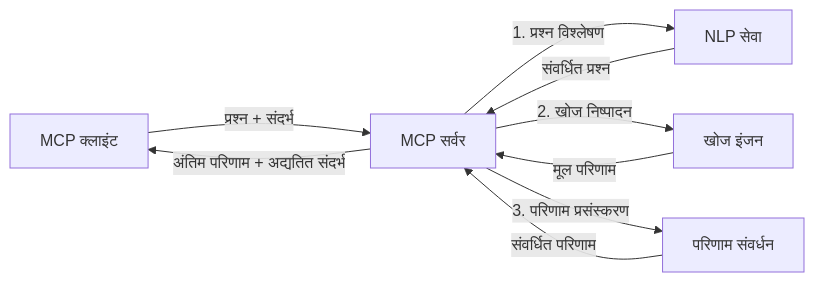
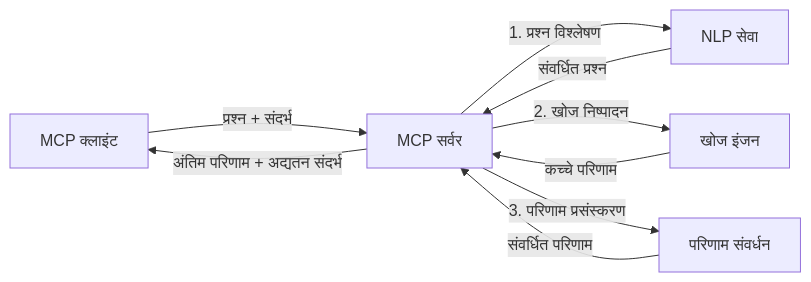
One commit to microsoft/mcp-for-beginners changed the fourth of 4 diagrams in translations/hi/05-AdvancedTopics/mcp-realtimesearch/README.md. Above: the diagram before and after it, drawn with Mermaid. The commit also changed other lines of this file and 110 other files, not shown here.

````diff
--- a/translations/hi/05-AdvancedTopics/mcp-realtimesearch/README.md
+++ b/translations/hi/05-AdvancedTopics/mcp-realtimesearch/README.md
@@ -626,11 +628,11 @@
 ```mermaid
 graph LR
     Client[MCP क्लाइंट] --> |प्रश्न + संदर्भ| Server[MCP सर्वर]
     Server --> |1. प्रश्न विश्लेषण| NLP[NLP सेवा]
     NLP --> |संवर्धित प्रश्न| Server
     Server --> |2. खोज निष्पादन| Search[खोज इंजन]
-    Search --> |मूल परिणाम| Server
+    Search --> |कच्चे परिणाम| Server
     Server --> |3. परिणाम प्रसंस्करण| Enhancement[परिणाम संवर्धन]
     Enhancement --> |संवर्धित परिणाम| Server
-    Server --> |अंतिम परिणाम + अद्यतित संदर्भ| Client
+    Server --> |अंतिम परिणाम + अद्यतन संदर्भ| Client
 ```
````
